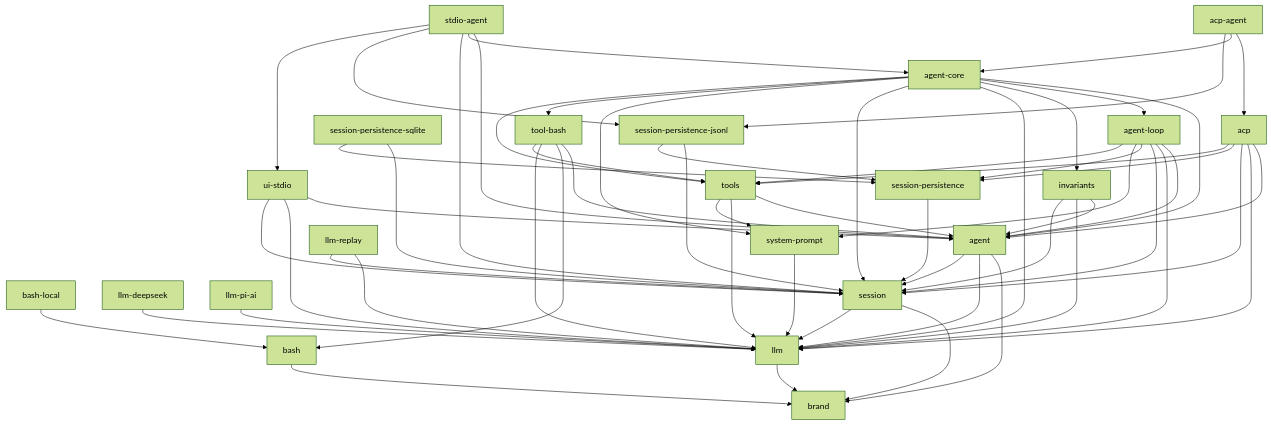
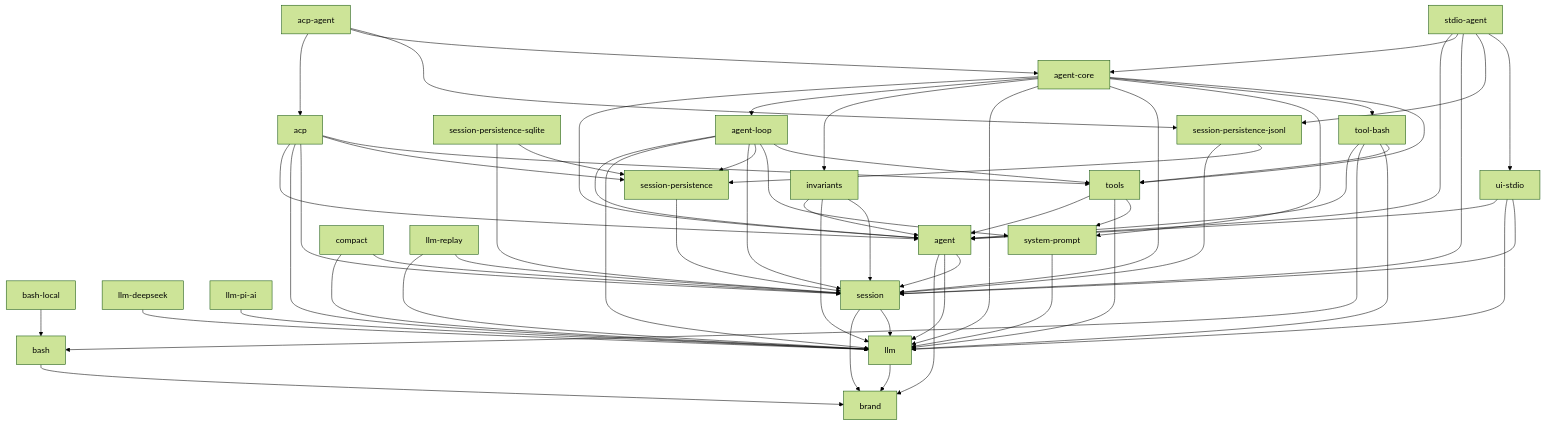
One commit to 007M7/DeepCode changed the diagram in docs/module-graph.md. Above: the diagram before and after it, drawn with Mermaid (forest theme). The commit also changed other lines of this file and 13 other files, not shown here.

````diff
--- a/docs/module-graph.md
+++ b/docs/module-graph.md
@@ -8,61 +8,63 @@
 ```mermaid
 graph TD
   bash --> brand
   llm --> brand
   bash-local --> bash
   llm-deepseek --> llm
   llm-pi-ai --> llm
   session --> brand
   session --> llm
   system-prompt --> llm
   agent --> brand
   agent --> llm
   agent --> session
+  compact --> llm
+  compact --> session
   llm-replay --> llm
   llm-replay --> session
   session-persistence --> session
   invariants --> agent
   invariants --> llm
   invariants --> session
   session-persistence-jsonl --> session
   session-persistence-jsonl --> session-persistence
   session-persistence-sqlite --> session
   session-persistence-sqlite --> session-persistence
   tools --> agent
   tools --> llm
   tools --> system-prompt
   ui-stdio --> agent
   ui-stdio --> llm
   ui-stdio --> session
   acp --> agent
   acp --> llm
   acp --> session
   acp --> session-persistence
   acp --> tools
   agent-loop --> agent
   agent-loop --> llm
   agent-loop --> session
   agent-loop --> session-persistence
   agent-loop --> system-prompt
   agent-loop --> tools
   tool-bash --> agent
   tool-bash --> bash
   tool-bash --> llm
   tool-bash --> tools
   agent-core --> agent
   agent-core --> agent-loop
   agent-core --> invariants
   agent-core --> llm
   agent-core --> session
   agent-core --> system-prompt
   agent-core --> tool-bash
   agent-core --> tools
   acp-agent --> acp
   acp-agent --> agent-core
   acp-agent --> session-persistence-jsonl
   stdio-agent --> agent
   stdio-agent --> agent-core
   stdio-agent --> session
   stdio-agent --> session-persistence-jsonl
   stdio-agent --> ui-stdio
 ```
````
